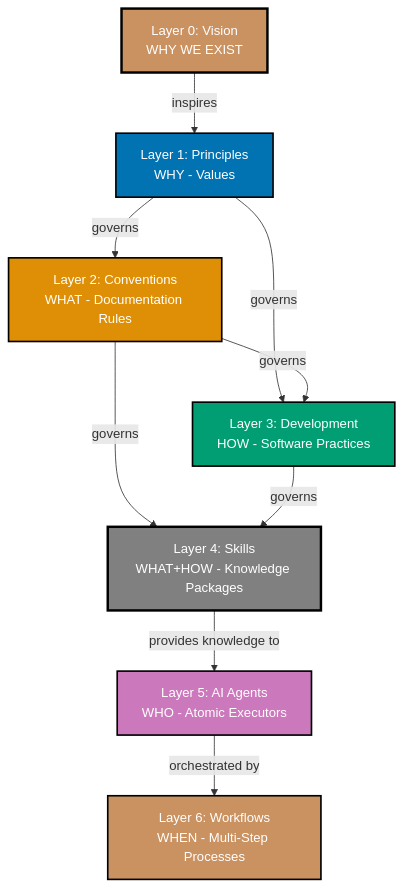
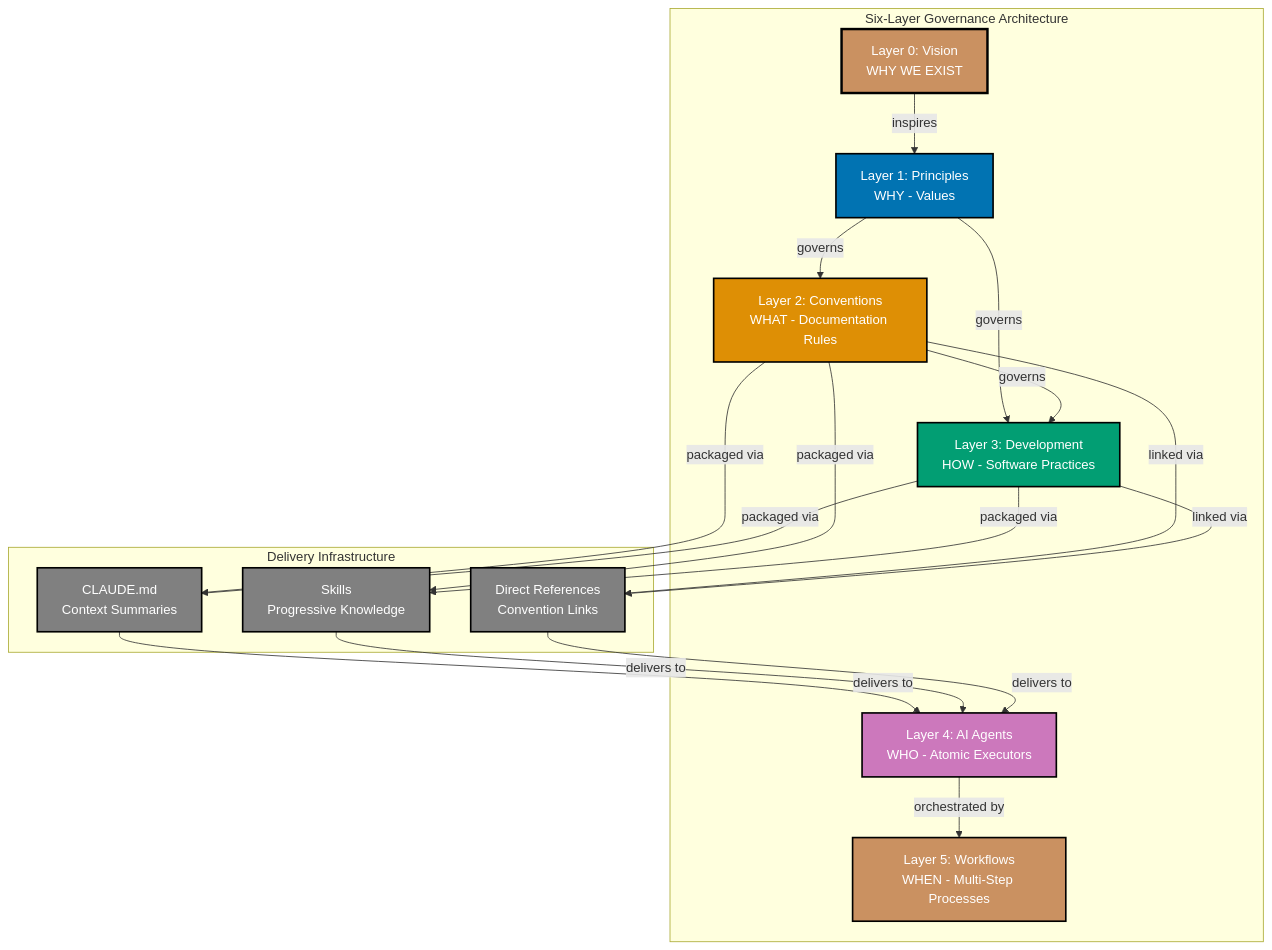
The third of 4 diagrams in plans/backlog/2026-01-02__skills-layer-implementation/tech-docs.md (wahidyankf/open-sharia-enterprise), drawn with Mermaid before and after one commit. The commit also changed other lines of this file and 4 other files, not shown here.

First line of the commit message:
refactor(plans): revise Skills plan - infrastructure model, not governance layer

````diff
--- a/plans/backlog/2026-01-02__skills-layer-implementation/tech-docs.md
+++ b/plans/backlog/2026-01-02__skills-layer-implementation/tech-docs.md
@@ -35,28 +76,46 @@
 ```mermaid
 %% Color Palette: Blue #0173B2, Orange #DE8F05, Teal #029E73, Purple #CC78BC, Brown #CA9161, Gray #808080
 graph TD
-    L0[Layer 0: Vision<br/>WHY WE EXIST]
-    L1[Layer 1: Principles<br/>WHY - Values]
-    L2[Layer 2: Conventions<br/>WHAT - Documentation Rules]
-    L3[Layer 3: Development<br/>HOW - Software Practices]
-    L4[Layer 4: Skills<br/>WHAT+HOW - Knowledge Packages]
-    L5[Layer 5: AI Agents<br/>WHO - Atomic Executors]
-    L6[Layer 6: Workflows<br/>WHEN - Multi-Step Processes]
+    subgraph Governance[Six-Layer Governance Architecture]
+        L0[Layer 0: Vision<br/>WHY WE EXIST]
+        L1[Layer 1: Principles<br/>WHY - Values]
+        L2[Layer 2: Conventions<br/>WHAT - Documentation Rules]
+        L3[Layer 3: Development<br/>HOW - Software Practices]
+        L4[Layer 4: AI Agents<br/>WHO - Atomic Executors]
+        L5[Layer 5: Workflows<br/>WHEN - Multi-Step Processes]
+    end
+
+    subgraph Delivery[Delivery Infrastructure]
+        CM[CLAUDE.md<br/>Context Summaries]
+        SK[Skills<br/>Progressive Knowledge]
+        DR[Direct References<br/>Convention Links]
+    end
 
     L0 -->|inspires| L1
     L1 -->|governs| L2
     L1 -->|governs| L3
     L2 -->|governs| L3
-    L2 -->|governs| L4
-    L3 -->|governs| L4
-    L4 -->|provides knowledge to| L5
-    L5 -->|orchestrated by| L6
+
+    L2 -->|packaged via| CM
+    L2 -->|packaged via| SK
+    L2 -->|linked via| DR
+    L3 -->|packaged via| CM
+    L3 -->|packaged via| SK
+    L3 -->|linked via| DR
+
+    CM -->|delivers to| L4
+    SK -->|delivers to| L4
+    DR -->|delivers to| L4
+
+    L4 -->|orchestrated by| L5
 
     style L0 fill:#CA9161,stroke:#000000,color:#FFFFFF,stroke-width:3px
     style L1 fill:#0173B2,stroke:#000000,color:#FFFFFF,stroke-width:2px
     style L2 fill:#DE8F05,stroke:#000000,color:#FFFFFF,stroke-width:2px
     style L3 fill:#029E73,stroke:#000000,color:#FFFFFF,stroke-width:2px
-    style L4 fill:#808080,stroke:#000000,color:#FFFFFF,stroke-width:3px
-    style L5 fill:#CC78BC,stroke:#000000,color:#FFFFFF,stroke-width:2px
-    style L6 fill:#CA9161,stroke:#000000,color:#FFFFFF,stroke-width:2px
+    style L4 fill:#CC78BC,stroke:#000000,color:#FFFFFF,stroke-width:2px
+    style L5 fill:#CA9161,stroke:#000000,color:#FFFFFF,stroke-width:2px
+    style CM fill:#808080,stroke:#000000,color:#FFFFFF,stroke-width:2px
+    style SK fill:#808080,stroke:#000000,color:#FFFFFF,stroke-width:2px
+    style DR fill:#808080,stroke:#000000,color:#FFFFFF,stroke-width:2px
 ```
````
